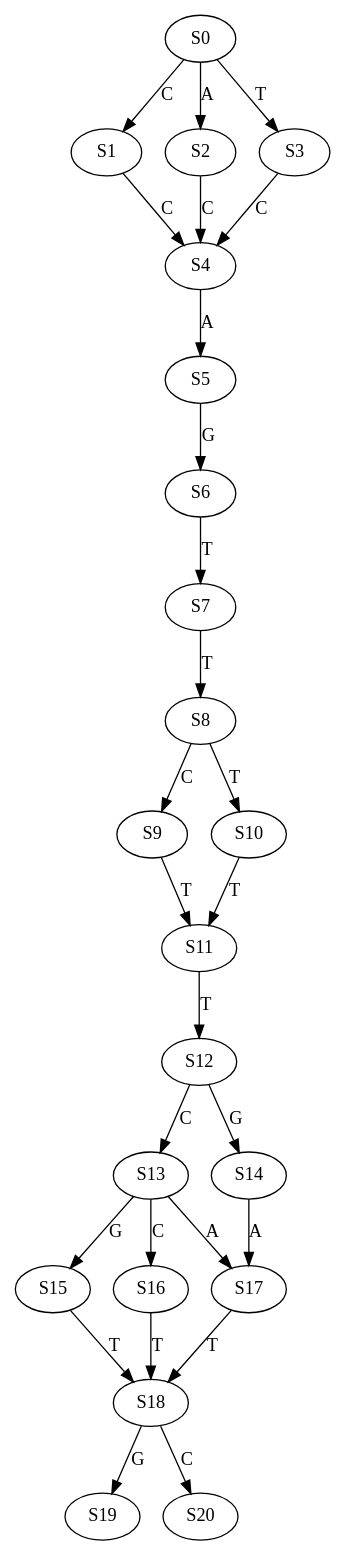
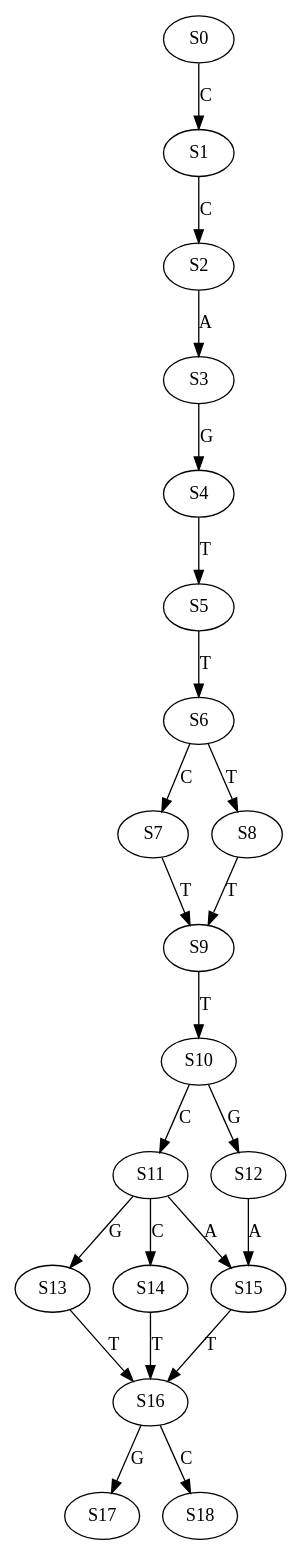
The diagram in data/graph/GT_vs_WGT/RevDetG_DNA/Human_SLC38A9_orthologues_DNA_l_14_a_4.dot (Kuanhao-Chao/Wheeler_Graph_Toolkit), drawn with Graphviz before and after one commit. The commit also changed 11978 other files, not shown here.

Commit message:
Update data/graph/

```diff
--- a/data/graph/GT_vs_WGT/RevDetG_DNA/Human_SLC38A9_orthologues_DNA_l_14_a_4.dot
+++ b/data/graph/GT_vs_WGT/RevDetG_DNA/Human_SLC38A9_orthologues_DNA_l_14_a_4.dot
@@ -1,28 +1,24 @@
 strict digraph  {
 	S0 -> S1 [ label = C ];
-	S0 -> S2 [ label = A ];
-	S0 -> S3 [ label = T ];
-	S1 -> S4 [ label = C ];
-	S2 -> S4 [ label = C ];
-	S3 -> S4 [ label = C ];
-	S4 -> S5 [ label = A ];
-	S5 -> S6 [ label = G ];
-	S6 -> S7 [ label = T ];
-	S7 -> S8 [ label = T ];
-	S8 -> S9 [ label = C ];
-	S8 -> S10 [ label = T ];
-	S9 -> S11 [ label = T ];
-	S10 -> S11 [ label = T ];
-	S11 -> S12 [ label = T ];
-	S12 -> S13 [ label = C ];
-	S12 -> S14 [ label = G ];
-	S13 -> S15 [ label = G ];
-	S13 -> S16 [ label = C ];
-	S13 -> S17 [ label = A ];
-	S14 -> S17 [ label = A ];
-	S15 -> S18 [ label = T ];
-	S16 -> S18 [ label = T ];
-	S17 -> S18 [ label = T ];
-	S18 -> S19 [ label = G ];
-	S18 -> S20 [ label = C ];
+	S1 -> S2 [ label = C ];
+	S2 -> S3 [ label = A ];
+	S3 -> S4 [ label = G ];
+	S4 -> S5 [ label = T ];
+	S5 -> S6 [ label = T ];
+	S6 -> S7 [ label = C ];
+	S6 -> S8 [ label = T ];
+	S7 -> S9 [ label = T ];
+	S8 -> S9 [ label = T ];
+	S9 -> S10 [ label = T ];
+	S10 -> S11 [ label = C ];
+	S10 -> S12 [ label = G ];
+	S11 -> S13 [ label = G ];
+	S11 -> S14 [ label = C ];
+	S11 -> S15 [ label = A ];
+	S12 -> S15 [ label = A ];
+	S13 -> S16 [ label = T ];
+	S14 -> S16 [ label = T ];
+	S15 -> S16 [ label = T ];
+	S16 -> S17 [ label = G ];
+	S16 -> S18 [ label = C ];
 }
```
